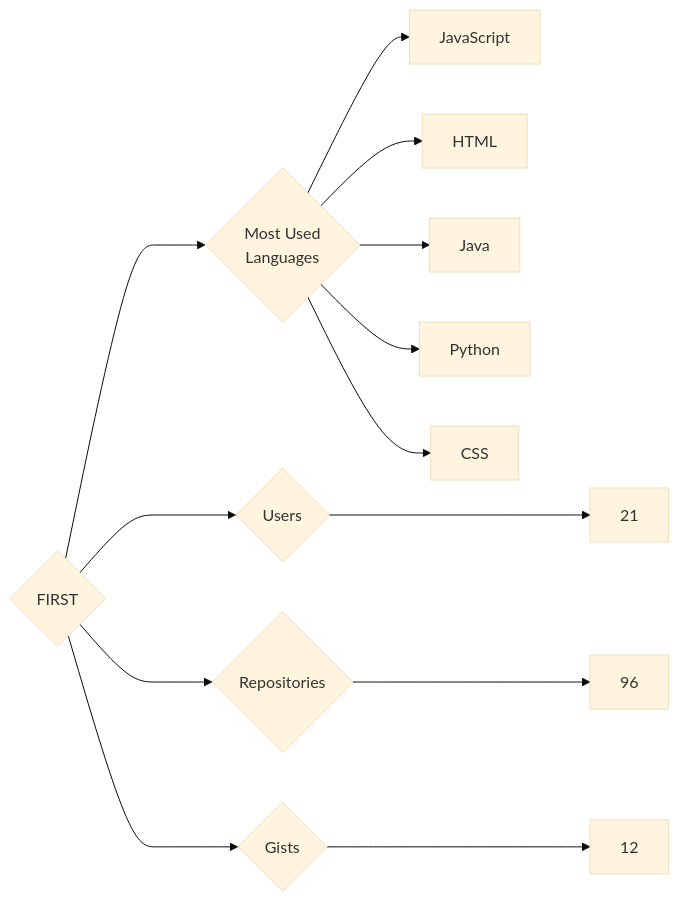
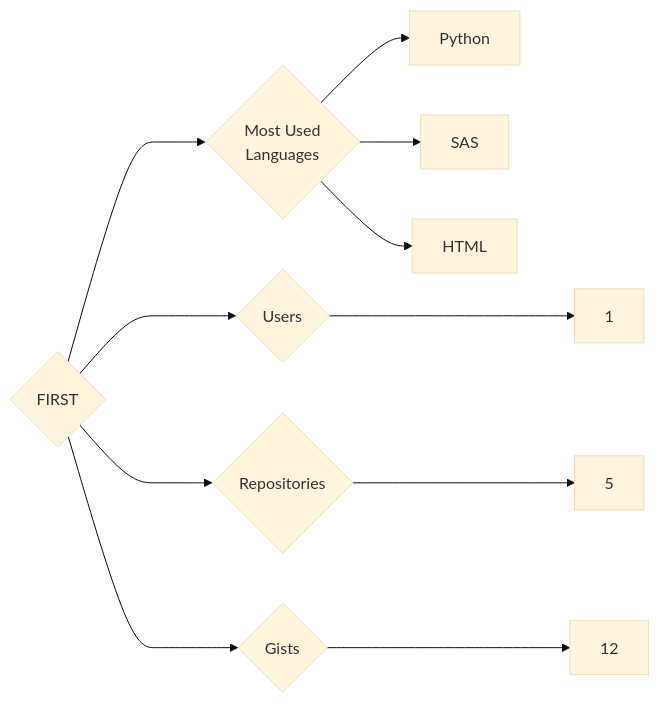
One commit to trickest/insiders changed the diagram in targets/FIRST/README.md. Above: the diagram before and after it, drawn with Mermaid (base theme). The commit also changed 553 other files, not shown here.

````diff
--- a/targets/FIRST/README.md
+++ b/targets/FIRST/README.md
@@ -3,13 +3,11 @@
 ```mermaid
 graph LR
 COMPANY_NAME{FIRST}
-COMPANY_NAME ---> U{Users} ---> UN[21]
-COMPANY_NAME ---> R{Repositories} ---> RN[96]
+COMPANY_NAME ---> U{Users} ---> UN[1]
+COMPANY_NAME ---> R{Repositories} ---> RN[5]
 COMPANY_NAME ---> G{Gists} ---> GN[12]
 COMPANY_NAME ---> ML{Most Used<br>Languages}
-ML --> JavaScript[JavaScript]
+ML --> Python[Python]
+ML --> SAS[SAS]
 ML --> HTML[HTML]
-ML --> Java[Java]
-ML --> Python[Python]
-ML --> CSS[CSS]
 ```
````
